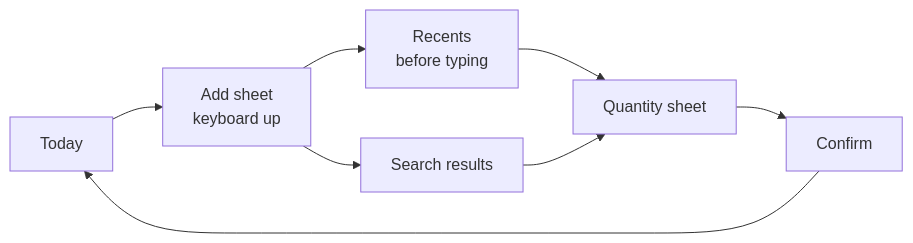
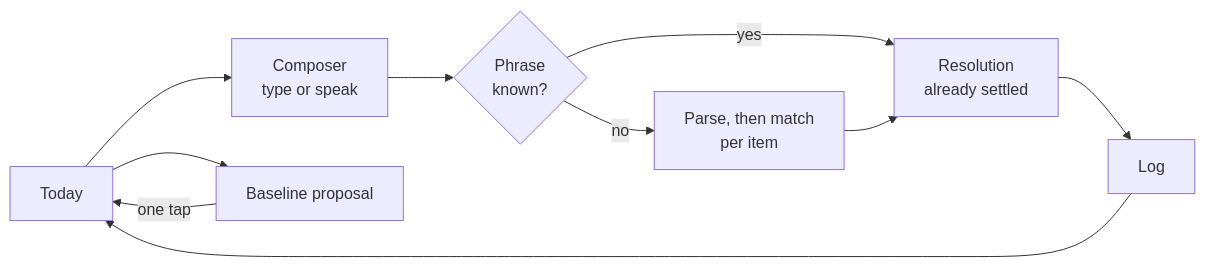
One commit to j23n/omnomnom changed the second of 2 diagrams in PLAN.md. Above: the diagram before and after it, drawn with Mermaid. The commit also changed other lines of this file and 1 other file, not shown here.

````diff
--- a/PLAN.md
+++ b/PLAN.md
@@ -335,10 +541,12 @@
 ```mermaid
 flowchart LR
-  A[Today] --> B[Add sheet<br/>keyboard up]
-  B --> C[Recents<br/>before typing]
-  B --> D[Search results]
-  C --> E[Quantity sheet]
-  D --> E
-  E --> F[Confirm]
+  A[Today] --> B[Composer<br/>type or speak]
+  B --> C{Phrase<br/>known?}
+  C -->|yes| D[Resolution<br/>already settled]
+  C -->|no| E[Parse, then match<br/>per item]
+  E --> D
+  D --> F[Log]
   F --> A
+  A --> G[Baseline proposal]
+  G -->|one tap| A
 ```
````
